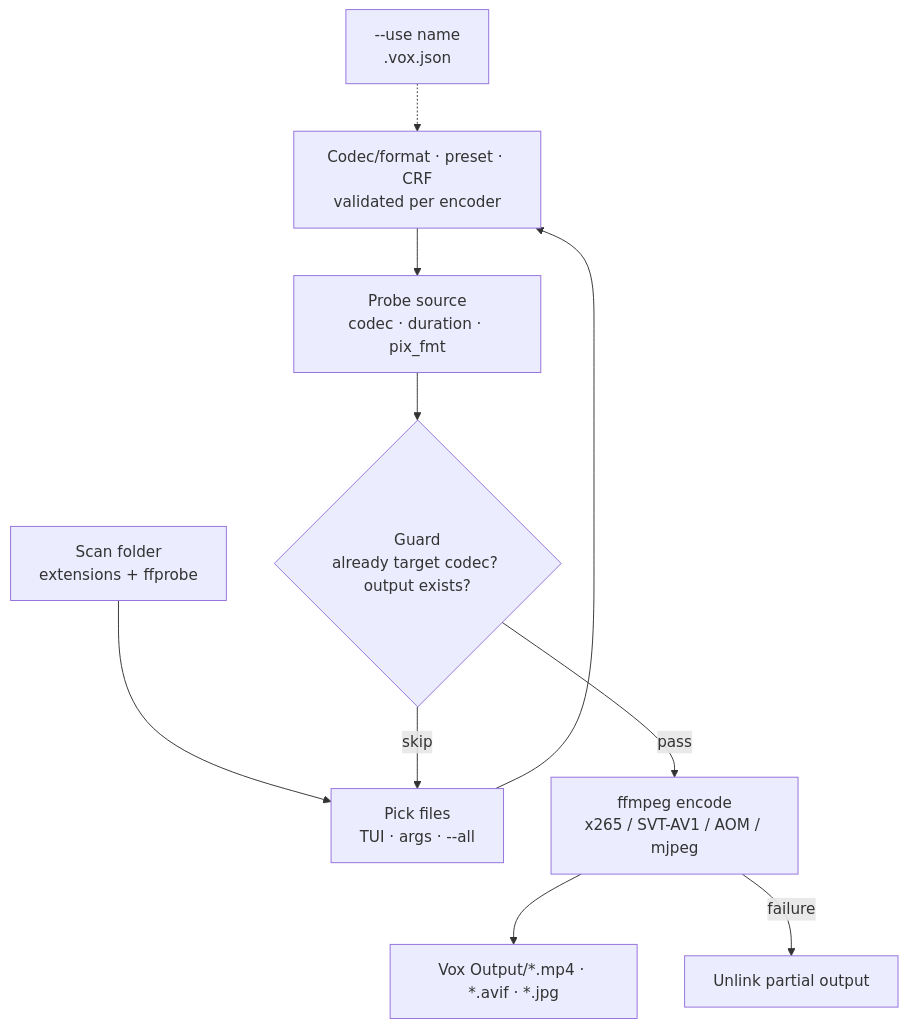
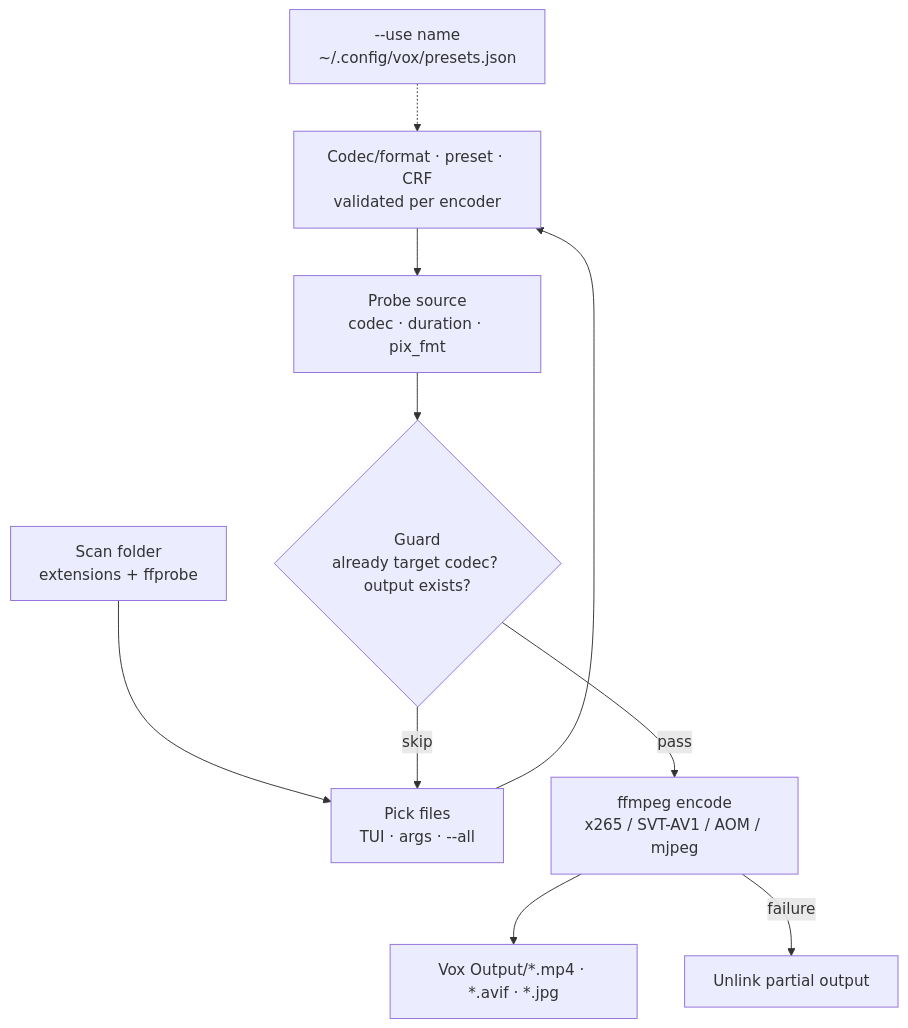
Before and after one commit to FirozChauhan/ArchUtils: the diagram in Vox/README.md, drawn with Mermaid. The commit also changed other lines of this file and 1 other file, not shown here.

Commit message:
vox global presets

````diff
--- a/Vox/README.md
+++ b/Vox/README.md
@@ -124,12 +124,12 @@
 ```mermaid
 flowchart TD
-    P[--use name<br/>.vox.json] -.-> C
+    P[--use name<br/>~/.config/vox/presets.json] -.-> C
     A[Scan folder<br/>extensions + ffprobe] --> B[Pick files<br/>TUI · args · --all]
     B --> C[Codec/format · preset · CRF<br/>validated per encoder]
     C --> D[Probe source<br/>codec · duration · pix_fmt]
     D --> E{Guard<br/>already target codec? output exists?}
     E -- skip --> B
     E -- pass --> F[ffmpeg encode<br/>x265 / SVT-AV1 / AOM / mjpeg]
     F --> G[Vox Output/*.mp4 · *.avif · *.jpg]
     F -- failure --> H[Unlink partial output]
 ```
````
